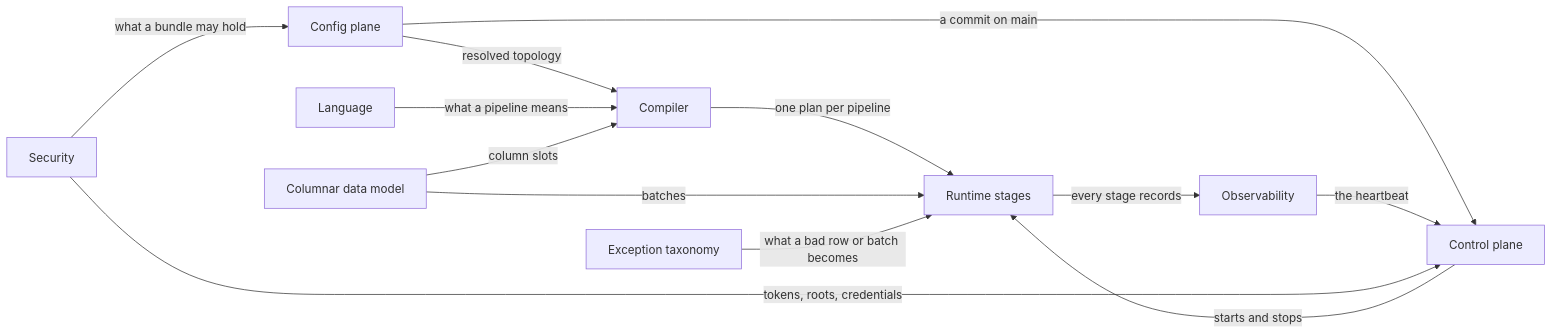
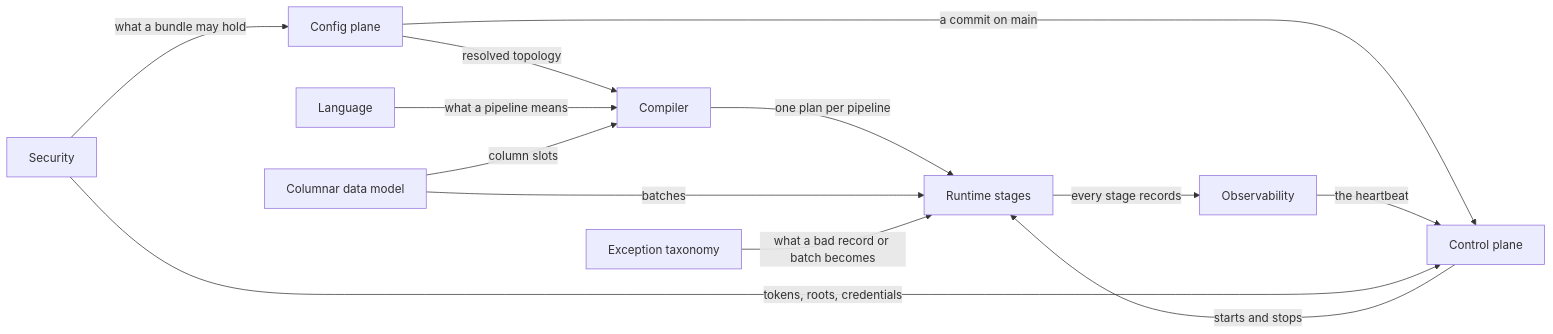
One commit to smeltr-sh/smeltr changed the diagram in docs/smeltr-design.md. Above: the diagram before and after it, drawn with Mermaid. The commit also changed other lines of this file and 2 other files, not shown here.

First line of the commit message:
docs: record, not row, in the design, self-observability and the control plane review

````diff
--- a/docs/smeltr-design.md
+++ b/docs/smeltr-design.md
@@ -68,15 +68,15 @@
 ```mermaid
 flowchart LR
   config[Config plane] -- resolved topology --> compiler[Compiler]
   language[Language] -- what a pipeline means --> compiler
   data[Columnar data model] -- column slots --> compiler
   compiler -- one plan per pipeline --> runtime[Runtime stages]
   data -- batches --> runtime
-  exceptions[Exception taxonomy] -- what a bad row or batch becomes --> runtime
+  exceptions[Exception taxonomy] -- what a bad record or batch becomes --> runtime
   runtime -- every stage records --> observability[Observability]
   config -- a commit on main --> control[Control plane]
   control -- starts and stops --> runtime
   observability -- the heartbeat --> control
   security[Security] -- what a bundle may hold --> config
   security -- tokens, roots, credentials --> control
 ```
````
